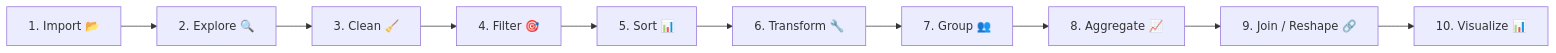
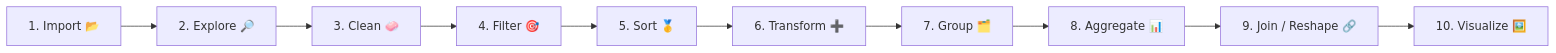
The diagram in course-materials/the-data-science-workflow.qmd (kcaylor/EDS-217-Essential-Python.github.io), drawn with Mermaid before and after one commit. The commit also changed 1 other file, not shown here.

Commit message:
Give each workflow step its own emoji, matching the day it is taught
Steps 5 and 10 both carried a bar chart, so the chain read as ending twice, and
step 8 carried a line chart, putting three graphs among ten steps with none of
them on the step about graphs.

Each step now uses the emoji of the session that teaches it, so the icon in the
diagram is the icon on the day page: Explore takes Day 2's magnifier, Clean
takes Day 4's soap, Sort takes Day 3's medal from the Top-N session, Transform
takes Day 4's plus, Group takes Day 5's card index, Aggregate takes Day 5's bar
chart and Visualize takes Day 7's framed picture. Import, Filter and Join are
unchanged. Filter deliberately keeps its target rather than a magnifier, so it
cannot be confused with Explore.

All ten are distinct.

Claude-Session: https://claude.ai/code/session_0155tEncqn4VPGj4fNfVkeNM

````diff
--- a/course-materials/the-data-science-workflow.qmd
+++ b/course-materials/the-data-science-workflow.qmd
@@ -17,7 +17,7 @@
 ```{mermaid}
 flowchart LR
-    A["1. Import 📂"] --> B["2. Explore 🔍"] --> C["3. Clean 🧹"]
-    C --> D["4. Filter 🎯"] --> E["5. Sort 📊"] --> F["6. Transform 🔧"]
-    F --> G["7. Group 👥"] --> H["8. Aggregate 📈"] --> I["9. Join / Reshape 🔗"]
-    I --> J["10. Visualize 📊"]
+    A["1. Import 📂"] --> B["2. Explore 🔎"] --> C["3. Clean 🧼"]
+    C --> D["4. Filter 🎯"] --> E["5. Sort 🥇"] --> F["6. Transform ➕"]
+    F --> G["7. Group 🗂️"] --> H["8. Aggregate 📊"] --> I["9. Join / Reshape 🔗"]
+    I --> J["10. Visualize 🖼️"]
 ```
````
